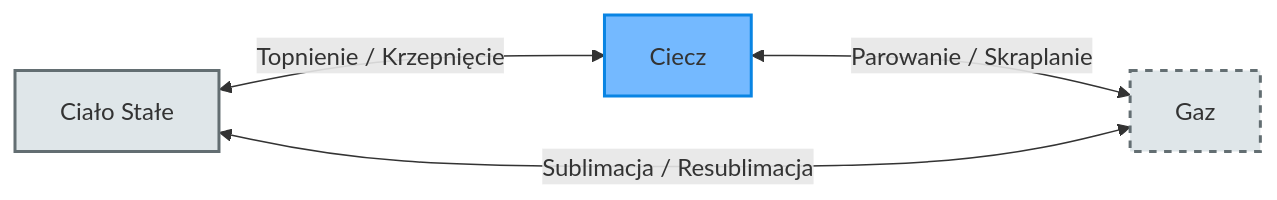
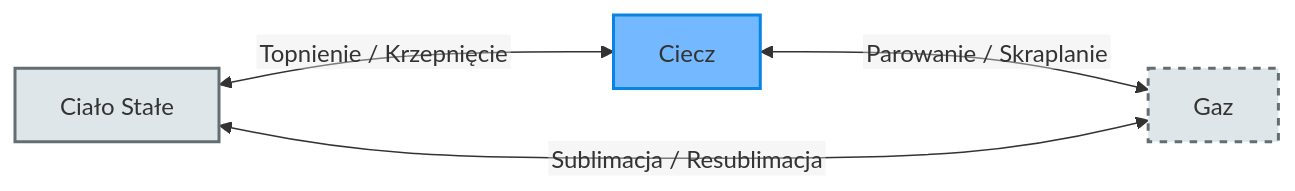
Before and after one commit to moondec/Termodynamika: the diagram in Wyklady/04_Wlasciwosci_Substancji.qmd, drawn with Mermaid. The commit also changed other lines of this file and 84 other files, not shown here.

First line of the commit message:
Wykłady: diagramy mermaid bez ucinania i dopasowane do slajdów

````diff
--- a/Wyklady/04_Wlasciwosci_Substancji.qmd
+++ b/Wyklady/04_Wlasciwosci_Substancji.qmd
@@ -115,11 +116,11 @@
 ```{mermaid}
-%%| fig-width: 15
+%%{init: {'theme': 'default', 'htmlLabels': false, 'flowchart': {'htmlLabels': false, 'wrappingWidth': 400, 'subGraphTitleMargin': {'top': 6, 'bottom': 16}}, 'themeVariables': {'fontSize': '16px', 'fontFamily': 'Arial, Helvetica, sans-serif'}}}%%
 flowchart LR
     S[Ciało Stałe] <-->|Topnienie / Krzepnięcie| L[Ciecz]
     L <-->|Parowanie / Skraplanie| G[Gaz]
     S <-->|Sublimacja / Resublimacja| G
 
     style S fill:#dfe6e9,stroke:#636e72,stroke-width:2px
     style L fill:#74b9ff,stroke:#0984e3,stroke-width:2px
     style G fill:#dfe6e9,stroke:#636e72,stroke-width:2px,stroke-dasharray: 5 5
 ```
````
